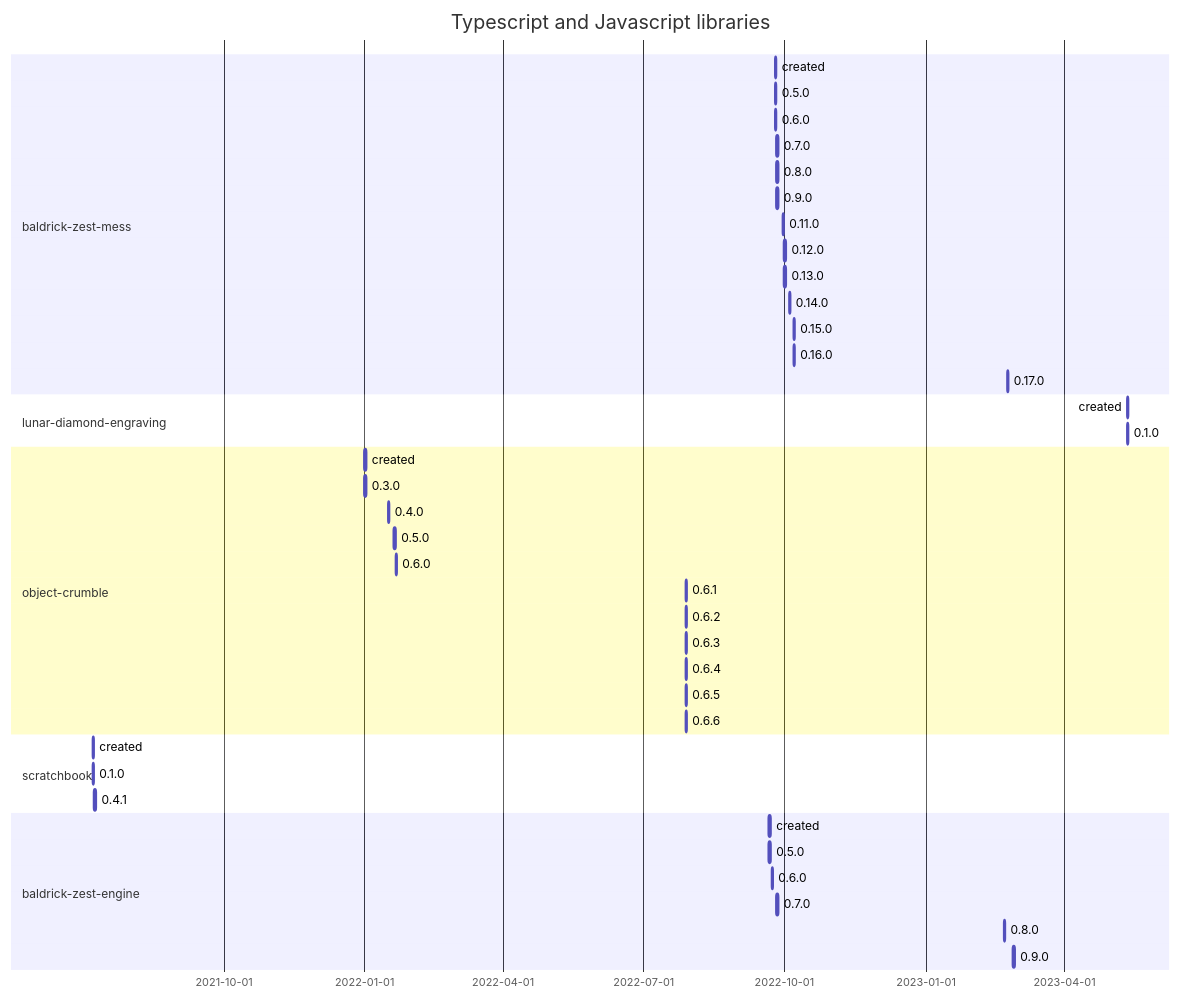
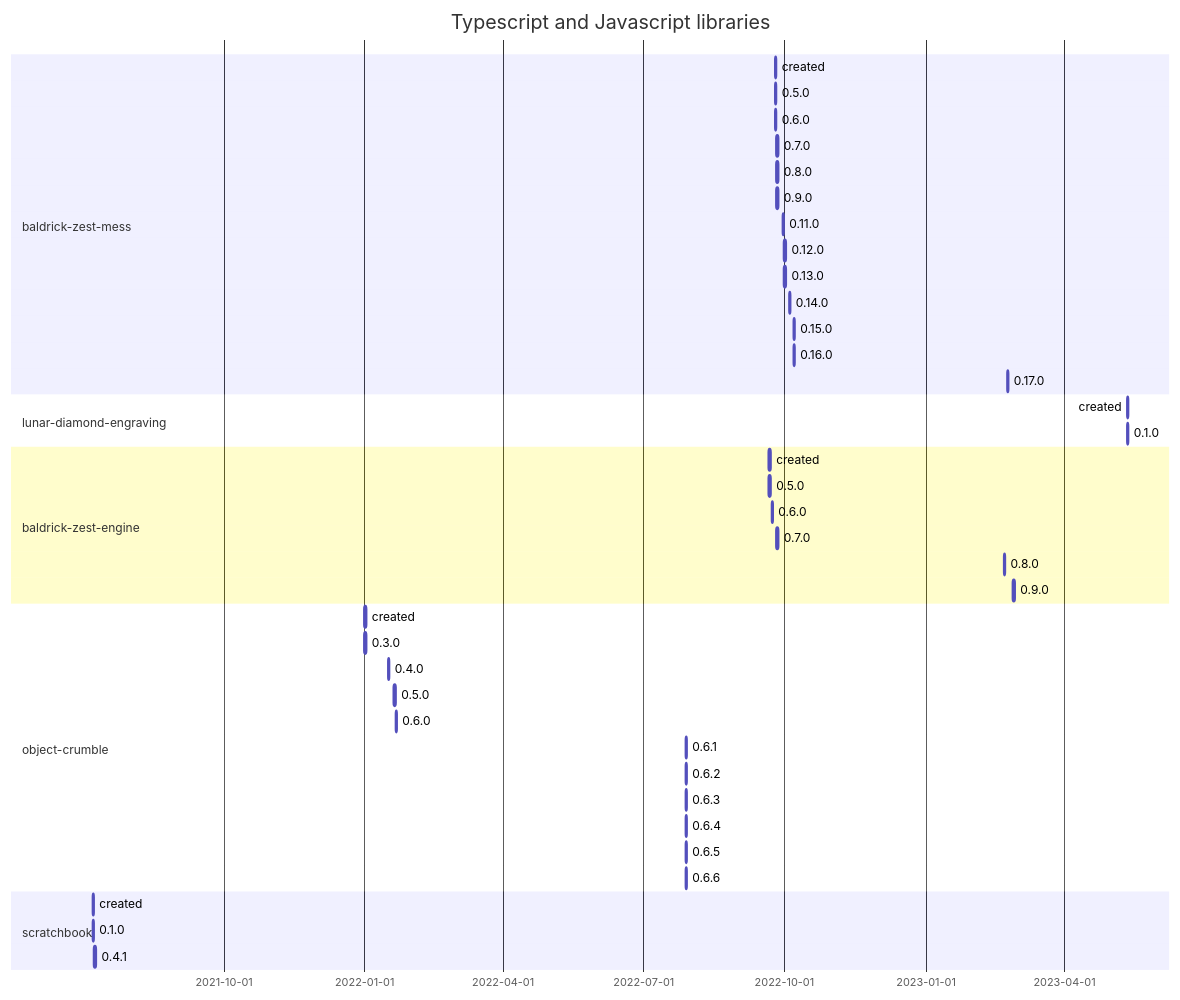
One commit to flarebyte/overview changed the first of 4 diagrams in SOFTWARE-TIMELINE.md. Above: the diagram before and after it, drawn with Mermaid. The commit also changed other lines of this file and 1 other file, not shown here.

Commit message:
Sort by year descending for timeline

````diff
--- a/SOFTWARE-TIMELINE.md
+++ b/SOFTWARE-TIMELINE.md
@@ -8,55 +8,55 @@
 ```mermaid
 gantt
     title Typescript and Javascript libraries
     dateFormat  YYYY-MM-DD
 
     section baldrick-zest-mess
     created:, 2022-09-25, 1d
     0.5.0:, 2022-09-25, 1d
     0.6.0:, 2022-09-25, 1d
     0.7.0:, 2022-09-26, 1d
     0.8.0:, 2022-09-26, 1d
     0.9.0:, 2022-09-26, 1d
     0.11.0:, 2022-09-30, 1d
     0.12.0:, 2022-10-01, 1d
     0.13.0:, 2022-10-01, 1d
     0.14.0:, 2022-10-04, 1d
     0.15.0:, 2022-10-07, 1d
     0.16.0:, 2022-10-07, 1d
     0.17.0:, 2023-02-23, 1d
 
 
     section lunar-diamond-engraving
     created:, 2023-05-12, 1d
     0.1.0:, 2023-05-12, 1d
 
 
+    section baldrick-zest-engine
+    created:, 2022-09-21, 1d
+    0.5.0:, 2022-09-21, 1d
+    0.6.0:, 2022-09-23, 1d
+    0.7.0:, 2022-09-26, 1d
+    0.8.0:, 2023-02-21, 1d
+    0.9.0:, 2023-02-27, 1d
+
+
     section object-crumble
     created:, 2022-01-01, 1d
     0.3.0:, 2022-01-01, 1d
     0.4.0:, 2022-01-16, 1d
     0.5.0:, 2022-01-20, 1d
     0.6.0:, 2022-01-21, 1d
     0.6.1:, 2022-07-29, 1d
     0.6.2:, 2022-07-29, 1d
     0.6.3:, 2022-07-29, 1d
     0.6.4:, 2022-07-29, 1d
     0.6.5:, 2022-07-29, 1d
     0.6.6:, 2022-07-29, 1d
 
 
     section scratchbook
     created:, 2021-07-08, 1d
     0.1.0:, 2021-07-08, 1d
     0.4.1:, 2021-07-09, 1d
 
-
-    section baldrick-zest-engine
-    created:, 2022-09-21, 1d
-    0.5.0:, 2022-09-21, 1d
-    0.6.0:, 2022-09-23, 1d
-    0.7.0:, 2022-09-26, 1d
-    0.8.0:, 2023-02-21, 1d
-    0.9.0:, 2023-02-27, 1d
-
 ```
````
